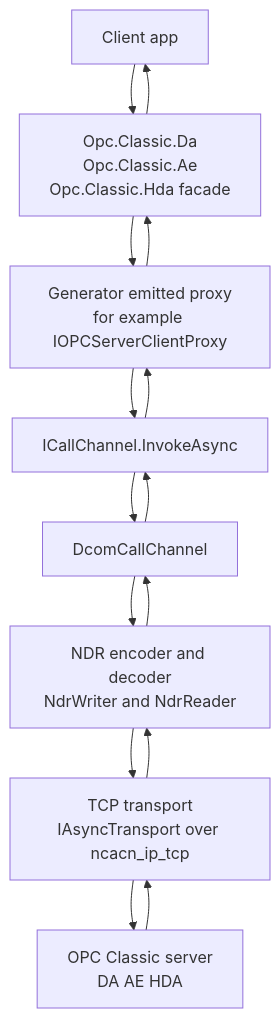
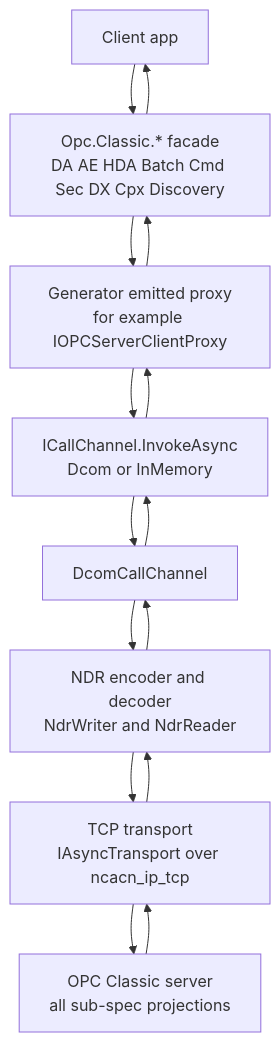
One commit to marcschier/opc-classic changed the diagram in docs/diagrams/01-high-level-architecture.md. Above: the diagram before and after it, drawn with Mermaid. The commit also changed other lines of this file and 9 other files, not shown here.

Commit message:
Docs: rewrite diagrams/ as current-state (no transitional Dcom narrative)

````diff
--- a/docs/diagrams/01-high-level-architecture.md
+++ b/docs/diagrams/01-high-level-architecture.md
@@ -9,26 +9,26 @@
 ```mermaid
 flowchart TB
     App["Client app"]
-    Facade["Opc.Classic.Da<br/>Opc.Classic.Ae<br/>Opc.Classic.Hda facade"]
+    Facade["Opc.Classic.* facade<br/>DA AE HDA Batch Cmd Sec DX Cpx Discovery"]
     Proxy["Generator emitted proxy<br/>for example IOPCServerClientProxy"]
-    Channel["ICallChannel.InvokeAsync"]
+    Channel["ICallChannel.InvokeAsync<br/>Dcom or InMemory"]
     Dcom["DcomCallChannel"]
     Ndr["NDR encoder and decoder<br/>NdrWriter and NdrReader"]
     Tcp["TCP transport<br/>IAsyncTransport over ncacn_ip_tcp"]
-    Server["OPC Classic server<br/>DA AE HDA"]
+    Server["OPC Classic server<br/>all sub-spec projections"]
 
     App --> Facade
     Facade --> Proxy
     Proxy --> Channel
     Channel --> Dcom
     Dcom --> Ndr
     Ndr --> Tcp
     Tcp --> Server
     Server --> Tcp
     Tcp --> Ndr
     Ndr --> Dcom
     Dcom --> Channel
     Channel --> Proxy
     Proxy --> Facade
     Facade --> App
 ```
````
